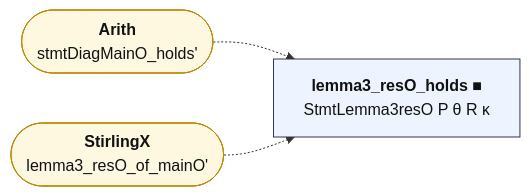
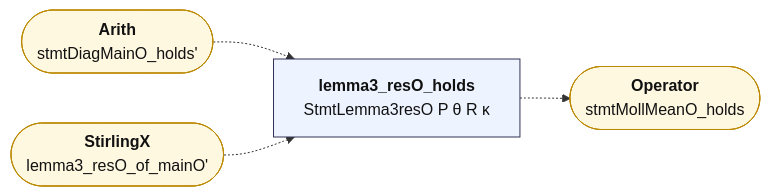
Before and after one commit to juliansambranojr/Primebeat_081426: the diagram in map/lean_stage3/Lemma3.md, drawn with Mermaid. The commit also changed other lines of this file and 31 other files, not shown here.

````diff
--- a/map/lean_stage3/Lemma3.md
+++ b/map/lean_stage3/Lemma3.md
@@ -14,16 +14,18 @@
 ```mermaid
 flowchart LR
-  n0["<b>lemma3_resO_holds ■</b><br/>StmtLemma3resO P θ R κ"]:::thm
+  n0["<b>lemma3_resO_holds</b><br/>StmtLemma3resO P θ R κ"]:::thm
   x0(["<b>Arith</b><br/>stmtDiagMainO_holds'"]):::ext
   x1(["<b>StirlingX</b><br/>lemma3_resO_of_mainO'"]):::ext
+  x2(["<b>Operator</b><br/>stmtMollMeanO_holds"]):::ext
+  n0 -.-> x2
   x0 -.-> n0
   x1 -.-> n0
   classDef cnt fill:#dff5ec,stroke:#17694a,color:#111
   classDef shp fill:#f1ecfb,stroke:#5b3fa0,color:#111
   classDef rh fill:#ffe5e5,stroke:#c22,color:#111,stroke-width:2px
   classDef thm fill:#eef4ff,stroke:#335,color:#111
   classDef end_ fill:#e7f7e7,stroke:#2a7,color:#111,stroke-width:2px
   classDef lone fill:#fff,stroke:#999,color:#111,stroke-dasharray:4 3
   classDef bad fill:#ffe5e5,stroke:#c22,color:#111,stroke-width:2px
   classDef ext fill:#fff8e1,stroke:#b80,color:#111
 ```
````
